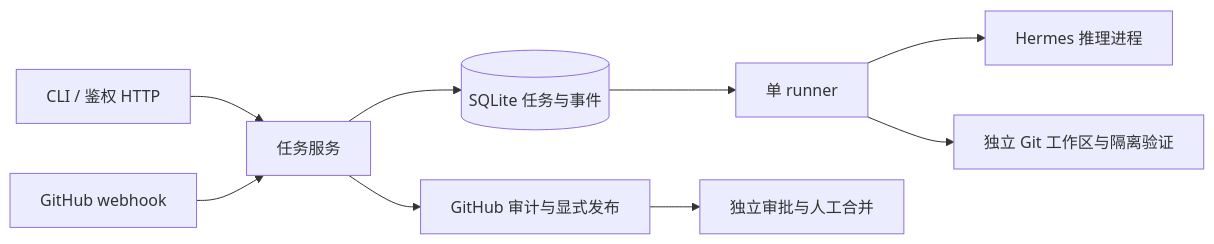
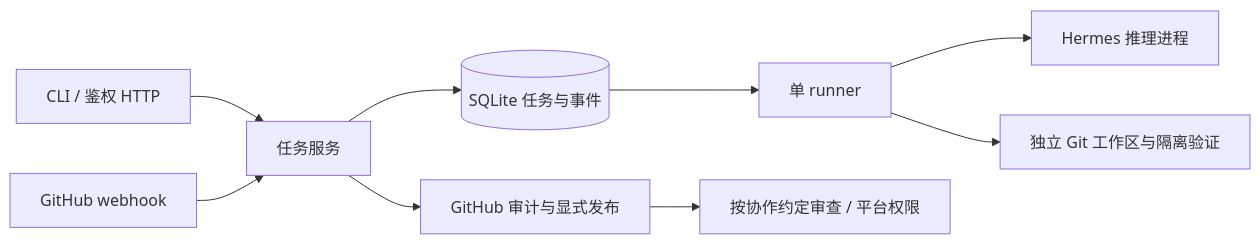
Before and after one commit to Ceng-0324/MIKASA: the diagram in docs/architecture/README.md, drawn with Mermaid. The commit also changed other lines of this file and 31 other files, not shown here.

````diff
--- a/docs/architecture/README.md
+++ b/docs/architecture/README.md
@@ -11,11 +11,11 @@
 ```mermaid
 flowchart LR
     A[CLI / 鉴权 HTTP] --> B[任务服务]
     G[GitHub webhook] --> B
     B --> C[(SQLite 任务与事件)]
     C --> D[单 runner]
     D --> E[Hermes 推理进程]
     D --> F[独立 Git 工作区与隔离验证]
     B --> H[GitHub 审计与显式发布]
-    H --> I[独立审批与人工合并]
+    H --> I[按协作约定审查 / 平台权限]
 ```
````
